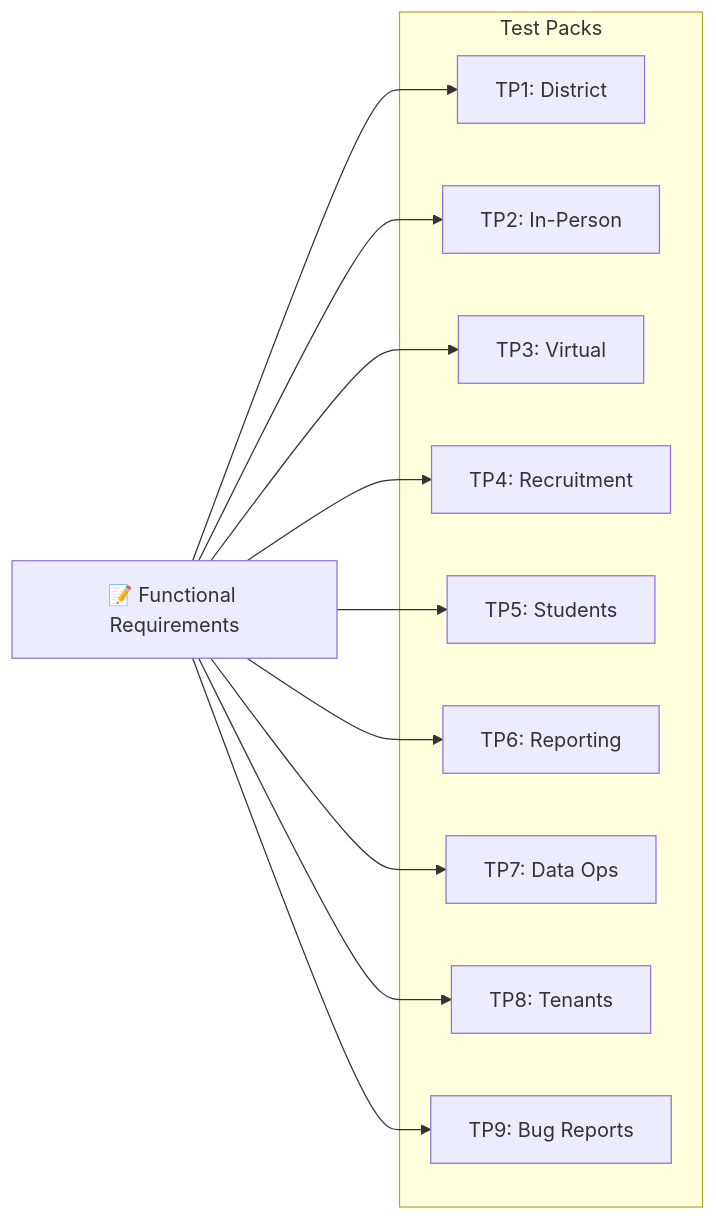
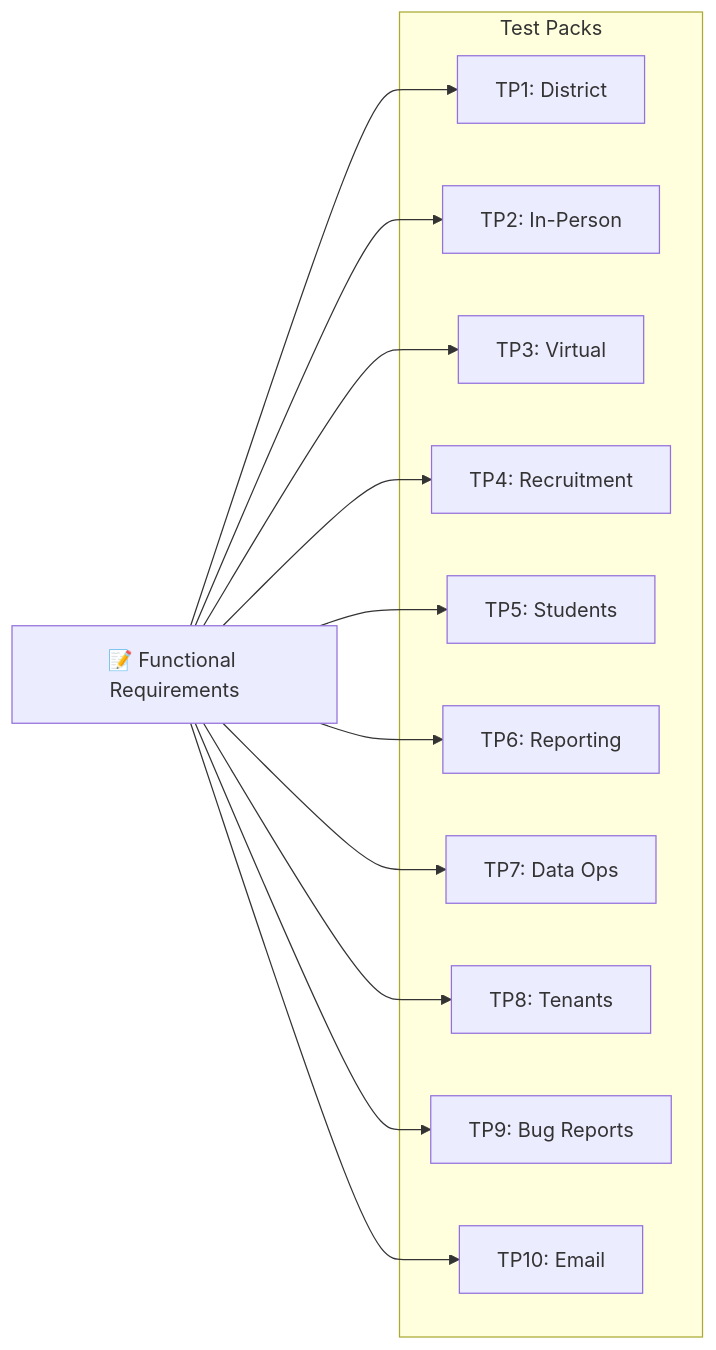
One commit to admiralorbiter/VMS changed the diagram in documentation/content/test_packs/index.md. Above: the diagram before and after it, drawn with Mermaid. The commit also changed other lines of this file and 3 other files, not shown here.

````diff
--- a/documentation/content/test_packs/index.md
+++ b/documentation/content/test_packs/index.md
@@ -27,16 +28,17 @@
 ```mermaid
 graph LR
     subgraph "Test Packs"
         TP1[TP1: District]
         TP2[TP2: In-Person]
         TP3[TP3: Virtual]
         TP4[TP4: Recruitment]
         TP5[TP5: Students]
         TP6[TP6: Reporting]
         TP7[TP7: Data Ops]
         TP8[TP8: Tenants]
         TP9[TP9: Bug Reports]
+        TP10[TP10: Email]
     end
 
-    FR[📝 Functional Requirements] --> TP1 & TP2 & TP3 & TP4 & TP5 & TP6 & TP7 & TP8 & TP9
+    FR[📝 Functional Requirements] --> TP1 & TP2 & TP3 & TP4 & TP5 & TP6 & TP7 & TP8 & TP9 & TP10
 ```
````
